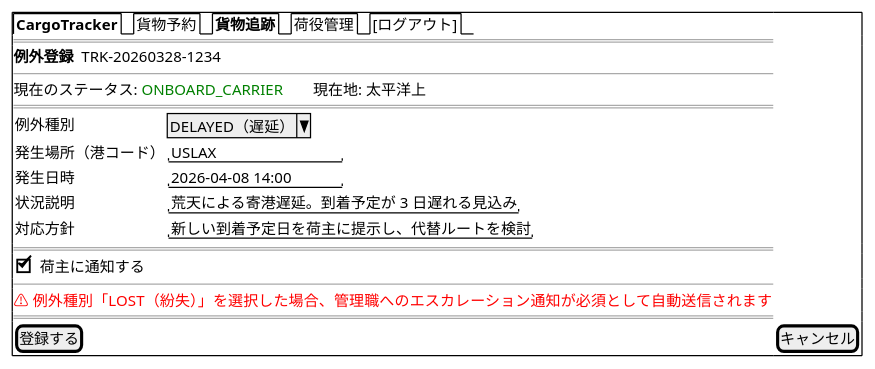
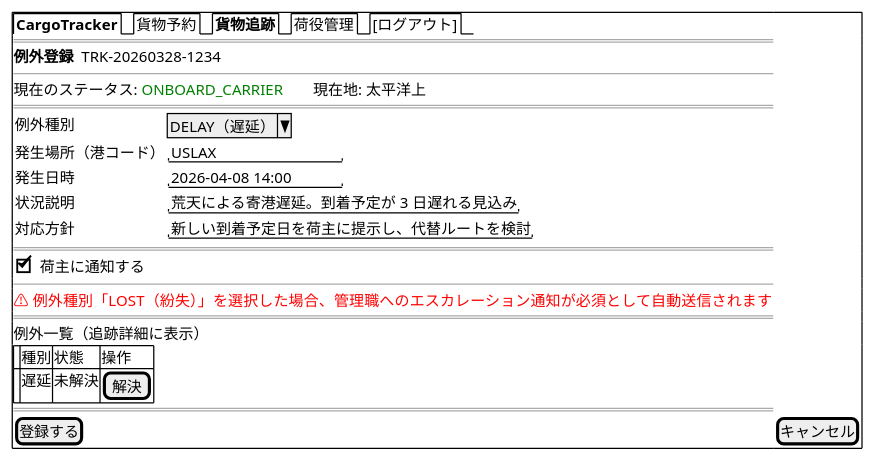
Diagram 11 of 26 in docs/design/ui_design.md (k2works/case-study-cargo-tracker), drawn with PlantUML before and after one commit. The commit also changed other lines of this file and 7 other files, not shown here.

````diff
--- a/docs/design/ui_design.md
+++ b/docs/design/ui_design.md
@@ -779,27 +780,33 @@
 ```plantuml
 @startsalt
 {+
   {/ <b>CargoTracker</b> | 貨物予約 | <b>貨物追跡</b> | 荷役管理 | [ログアウト] }
   ==
   <b>例外登録</b>  TRK-20260328-1234
   --
   現在のステータス: <color:green>ONBOARD_CARRIER</color>　　現在地: 太平洋上
   ==
   {
-    例外種別        | ^DELAYED（遅延）^
+    例外種別        | ^DELAY（遅延）^
     発生場所（港コード） | "USLAX            "
     発生日時        | "2026-04-08 14:00 "
     状況説明        | "荒天による寄港遅延。到着予定が 3 日遅れる見込み"
     対応方針        | "新しい到着予定日を荷主に提示し、代替ルートを検討"
   }
   ==
   {
     [X] 荷主に通知する
   }
   --
   <color:red>⚠ 例外種別「LOST（紛失）」を選択した場合、管理職へのエスカレーション通知が必須として自動送信されます</color>
   ==
+  例外一覧（追跡詳細に表示）
+  {#
+  . | 種別 | 状態 | 操作
+  . | 遅延 | 未解決 | [ 解決 ]
+  }
+  ==
   [登録する] | [キャンセル]
 }
 @endsalt
 ```
````
